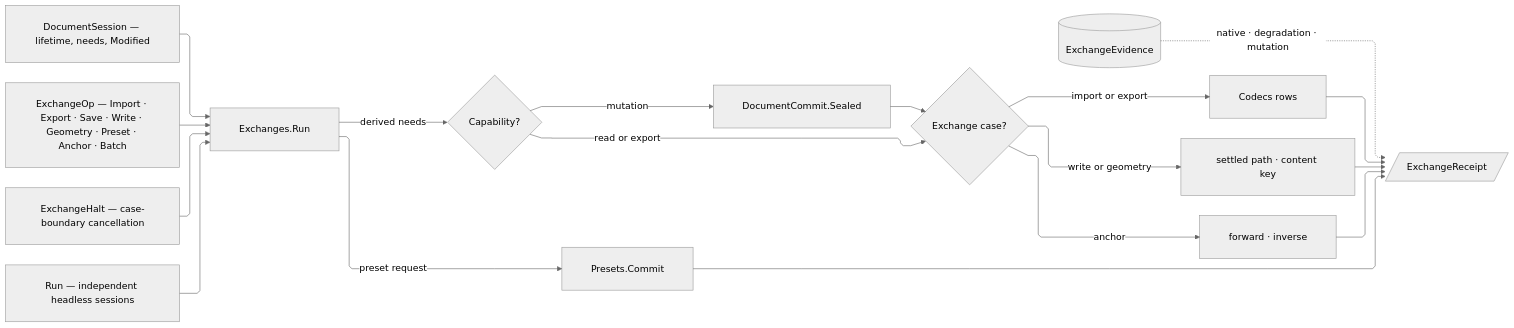
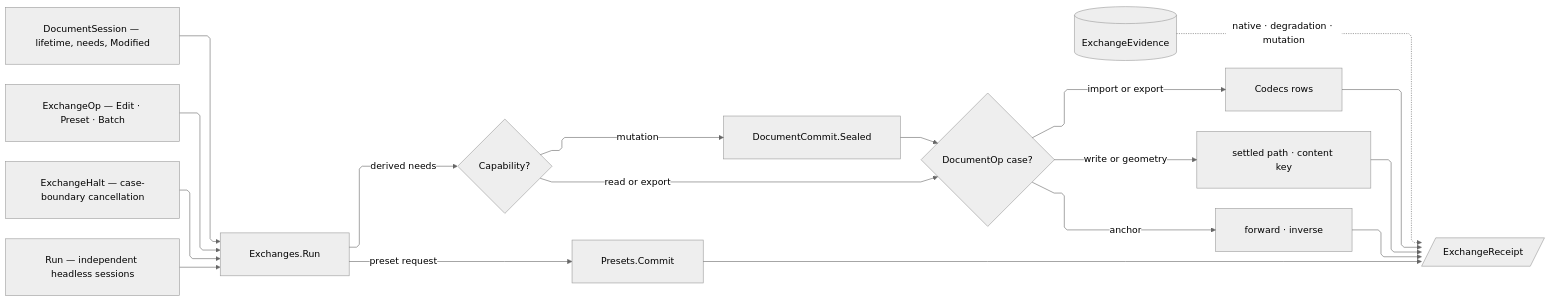
One commit to bsamiee/Rasm changed the diagram in libs/csharp/Rasm.Rhino/.planning/Exchange/operations.md. Above: the diagram before and after it, drawn with Mermaid (neutral theme). The commit also changed other lines of this file and 747 other files, not shown here.

````diff
--- a/libs/csharp/Rasm.Rhino/.planning/Exchange/operations.md
+++ b/libs/csharp/Rasm.Rhino/.planning/Exchange/operations.md
@@ -1073,29 +1133,29 @@
 ```mermaid
 ---
 config:
   layout: elk
   flowchart:
     curve: linear
     padding: 25
 ---
 flowchart LR
     accTitle: Rhino exchange transaction rail
     accDescr: One session-proved exchange request dispatches through host operation families into one detached receipt, while cancellation gates entry and typed evidence records native, degradation, and mutation outcomes.
     Session["DocumentSession — lifetime, needs, Modified"] --> Entry["Exchanges.Run"]
-    Request["ExchangeOp — Import · Export · Save · Write · Geometry · Preset · Anchor · Batch"] --> Entry
+    Request["ExchangeOp — Edit · Preset · Batch"] --> Entry
     Halt["ExchangeHalt — case-boundary cancellation"] --> Entry
     Entry -->|"derived needs"| Demand{"Capability?"}
-    Demand -->|"read or export"| Dispatch{"Exchange case?"}
+    Demand -->|"read or export"| Dispatch{"DocumentOp case?"}
     Demand -->|"mutation"| Undo["DocumentCommit.Sealed"]
     Undo --> Dispatch
     Dispatch -->|"import or export"| Matrix["Codecs rows"]
     Dispatch -->|"write or geometry"| Output["settled path · content key"]
     Entry -->|"preset request"| Tables["Presets.Commit"]
     Dispatch -->|"anchor"| Geo["forward · inverse"]
     Matrix --> Receipt[/ExchangeReceipt/]
     Output --> Receipt
     Tables --> Receipt
     Geo --> Receipt
     Evidence[(ExchangeEvidence)] -.->|"native · degradation · mutation"| Receipt
     Convert["Run — independent headless sessions"] --> Entry
 ```
````
